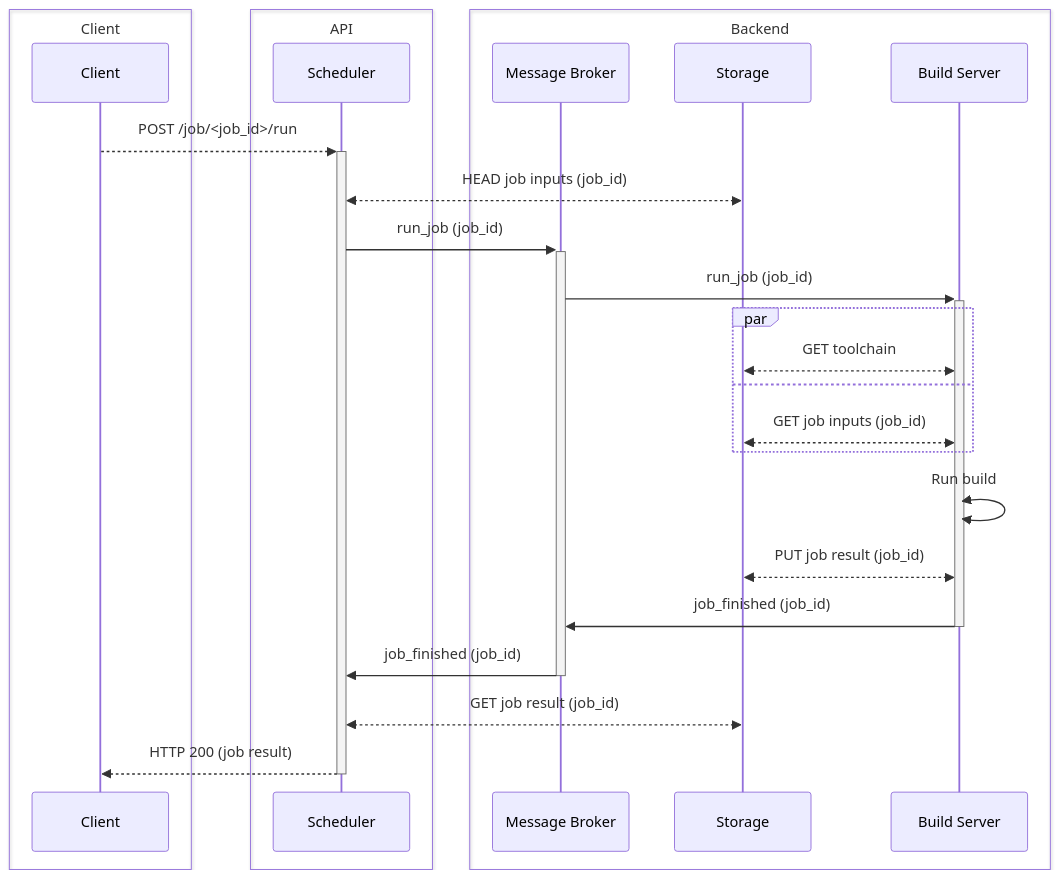
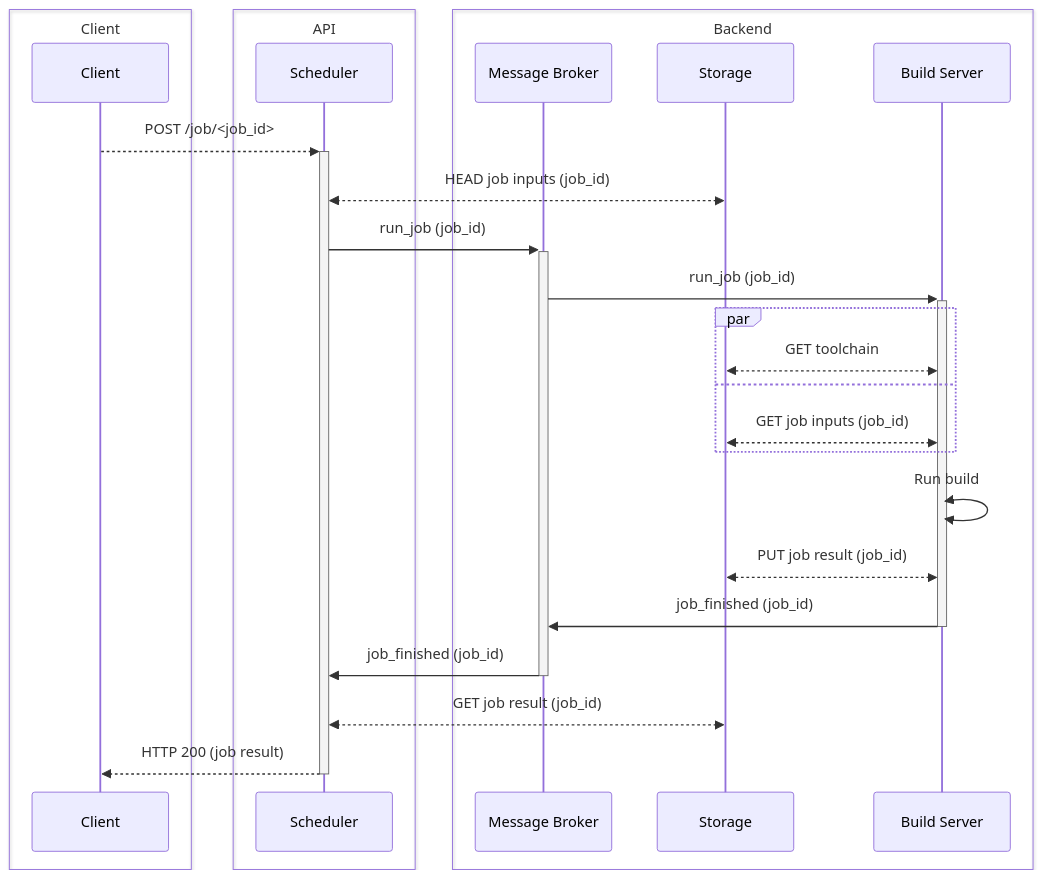
The second of 2 diagrams in docs/diagrams/API.md (trxcllnt/sccache), drawn with Mermaid before and after one commit.

Commit message:
correct http path

````diff
--- a/docs/diagrams/API.md
+++ b/docs/diagrams/API.md
@@ -23,29 +23,29 @@
 ```mermaid
 sequenceDiagram
     box Client
     participant Client
     end
     box API
     participant Scheduler
     end
     box Backend
     participant Message Broker
     participant Storage
     participant Build Server
     end
-    Client-->>+Scheduler: POST /job/<job_id>/run
+    Client-->>+Scheduler: POST /job/<job_id>
     Scheduler<<-->>Storage: HEAD job inputs (job_id)
     Scheduler->>+Message Broker: run_job (job_id)
     Message Broker->>+Build Server: run_job (job_id)
     par
     Build Server<<-->>Storage: GET toolchain
     and
     Build Server<<-->>Storage: GET job inputs (job_id)
     end
     Build Server<<->>Build Server: Run build
     Build Server<<-->>Storage: PUT job result (job_id)
     Build Server->>-Message Broker: job_finished (job_id)
     Message Broker->>-Scheduler: job_finished (job_id)
     Scheduler<<-->>Storage: GET job result (job_id)
     Scheduler-->>-Client: HTTP 200 (job result)
 ```
````
